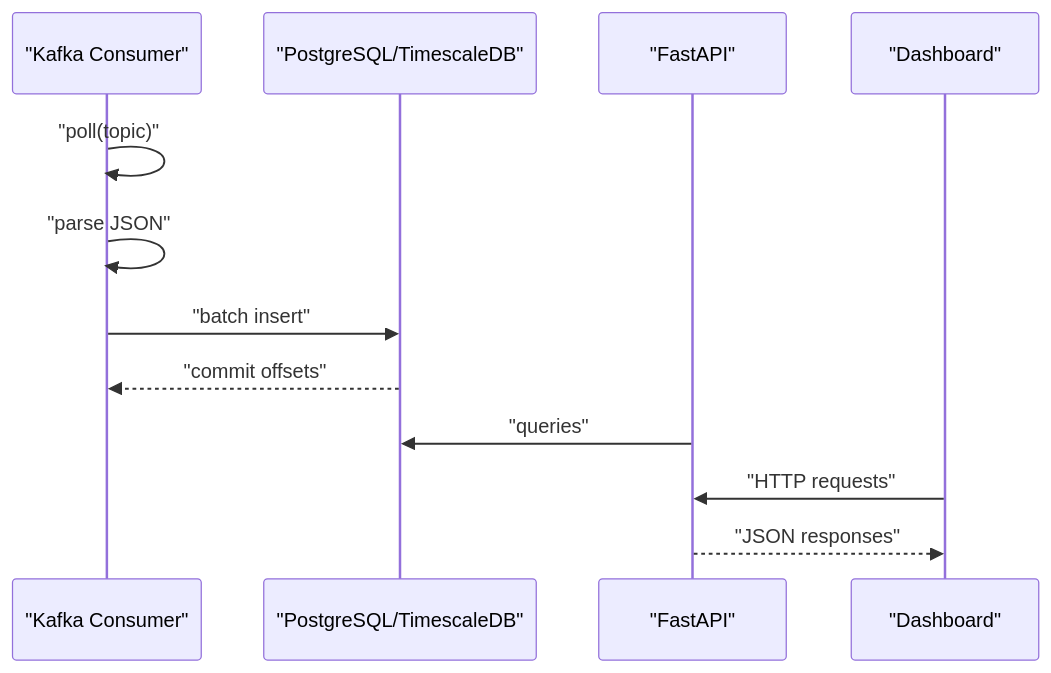
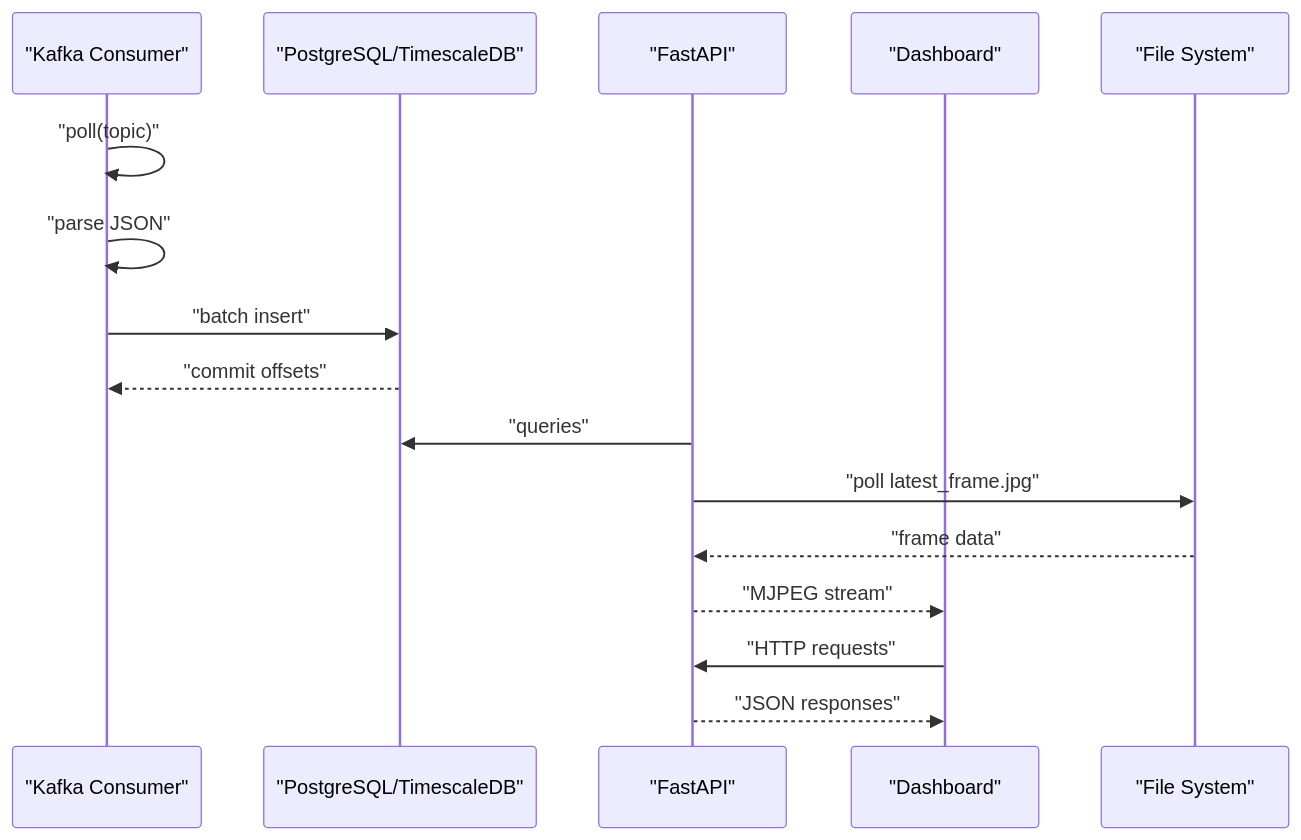
Before and after one commit to Azzoz-189/construction-equipment-monitoring: the fourth of 8 diagrams in .qoder/repowiki/en/content/Project Overview/System Architecture Overview.md, drawn with Mermaid. The commit also changed other lines of this file and 5 other files, not shown here.

````diff
--- a/.qoder/repowiki/en/content/Project Overview/System Architecture Overview.md
+++ b/.qoder/repowiki/en/content/Project Overview/System Architecture Overview.md
@@ -202,14 +309,18 @@
 ```mermaid
 sequenceDiagram
 participant KAF as "Kafka Consumer"
 participant DB as "PostgreSQL/TimescaleDB"
 participant API as "FastAPI"
 participant UI as "Dashboard"
+participant FS as "File System"
 KAF->>KAF : "poll(topic)"
 KAF->>KAF : "parse JSON"
 KAF->>DB : "batch insert"
 DB-->>KAF : "commit offsets"
 API->>DB : "queries"
+API->>FS : "poll latest_frame.jpg"
+FS-->>API : "frame data"
+API-->>UI : "MJPEG stream"
 UI->>API : "HTTP requests"
 API-->>UI : "JSON responses"
 ```
````
